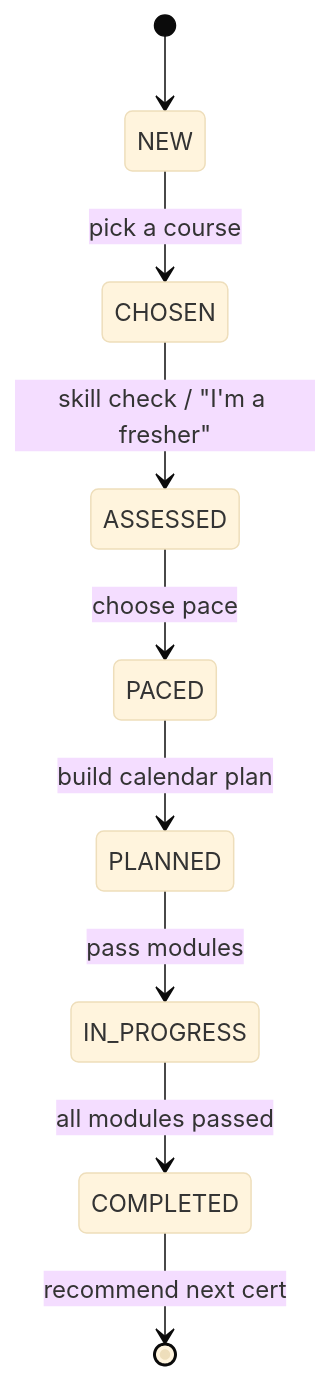
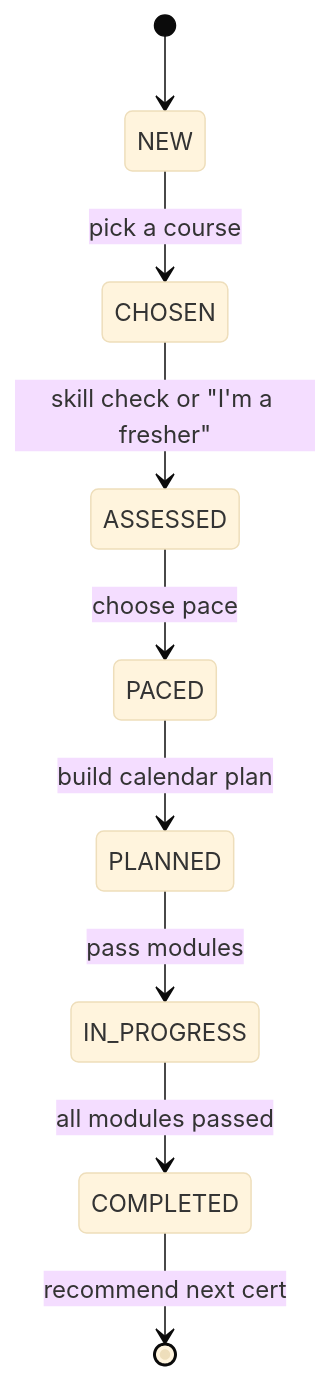
The ninth of 11 diagrams in README.md (theCodeForgerHQ/msf-reasoning-agent), drawn with Mermaid (base theme) before and after one commit. The commit also changed other lines of this file, not shown here.

Commit message:
docs: rebuild README with diagrams, demo video link, and team section

````diff
--- a/README.md
+++ b/README.md
@@ -296,11 +392,11 @@
 ```mermaid
 stateDiagram-v2
     [*] --> NEW
     NEW --> CHOSEN: pick a course
-    CHOSEN --> ASSESSED: skill check / "I'm a fresher"
+    CHOSEN --> ASSESSED: skill check or "I'm a fresher"
     ASSESSED --> PACED: choose pace
     PACED --> PLANNED: build calendar plan
     PLANNED --> IN_PROGRESS: pass modules
     IN_PROGRESS --> COMPLETED: all modules passed
     COMPLETED --> [*]: recommend next cert
 ```
````
